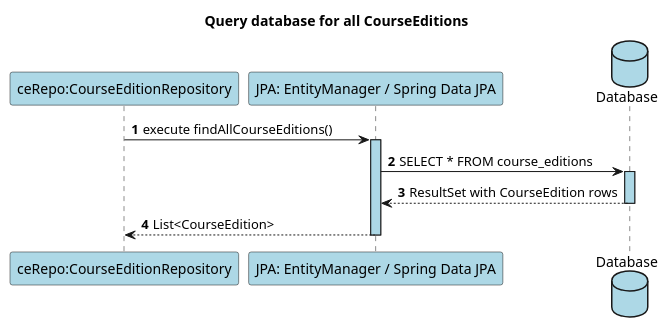
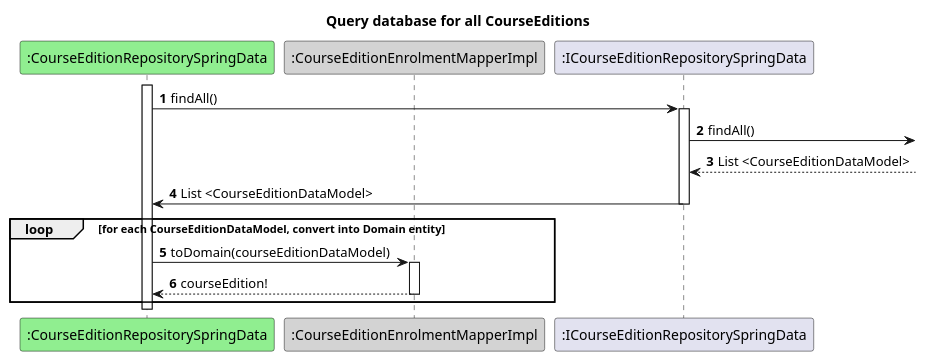
The diagram in docs/US25/REST_API/ScenarioView/Level4/Refs/Ref1-QueryDataBaseForAllCourseEditions.puml (GasparISEP/DevOps-PAI), drawn with PlantUML before and after one commit. The commit also changed 4 other files, not shown here.

```diff
--- a/docs/US25/REST_API/ScenarioView/Level4/Refs/Ref1-QueryDataBaseForAllCourseEditions.puml
+++ b/docs/US25/REST_API/ScenarioView/Level4/Refs/Ref1-QueryDataBaseForAllCourseEditions.puml
@@ -1,16 +1,25 @@
 @startuml
 
 autonumber
 
 title Query database for all CourseEditions
 
-participant "ceRepo:CourseEditionRepository" as R #lightblue
-participant "JPA: EntityManager / Spring Data JPA" as JPA #lightblue
-database "Database" as DB #lightblue
+participant ":CourseEditionRepositorySpringData" as CER #lightgreen
+participant ":CourseEditionEnrolmentMapperImpl" as CEEM #lightgrey
+participant ":ICourseEditionRepositorySpringData" as CERS
 
-R -> JPA ++ #lightblue: execute findAllCourseEditions()
-JPA -> DB ++ #lightblue: SELECT * FROM course_editions
-DB --> JPA --: ResultSet with CourseEdition rows
-JPA --> R --: List<CourseEdition>
+activate CER
+CER -> CERS ++ : findAll()
+CERS ->  : findAll()
+CERS <--  : List <CourseEditionDataModel>
+CERS -> CER --: List <CourseEditionDataModel>
 
+loop for each CourseEditionDataModel, convert into Domain entity
+    CER -> CEEM : toDomain(courseEditionDataModel)
+    activate CEEM
+    CEEM --> CER : courseEdition!
+    deactivate CEEM
+end
+
+deactivate CER
 @enduml
```
